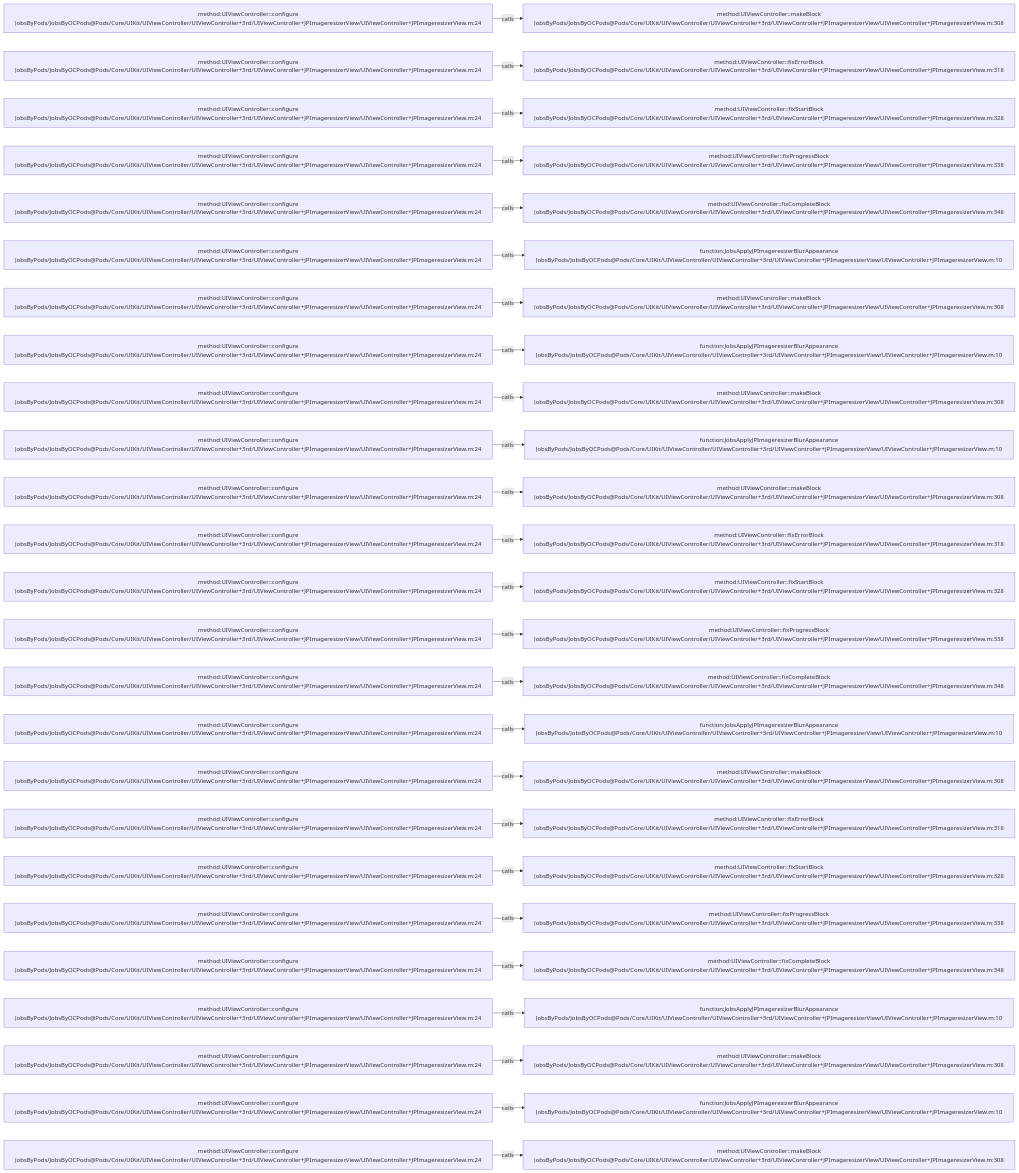
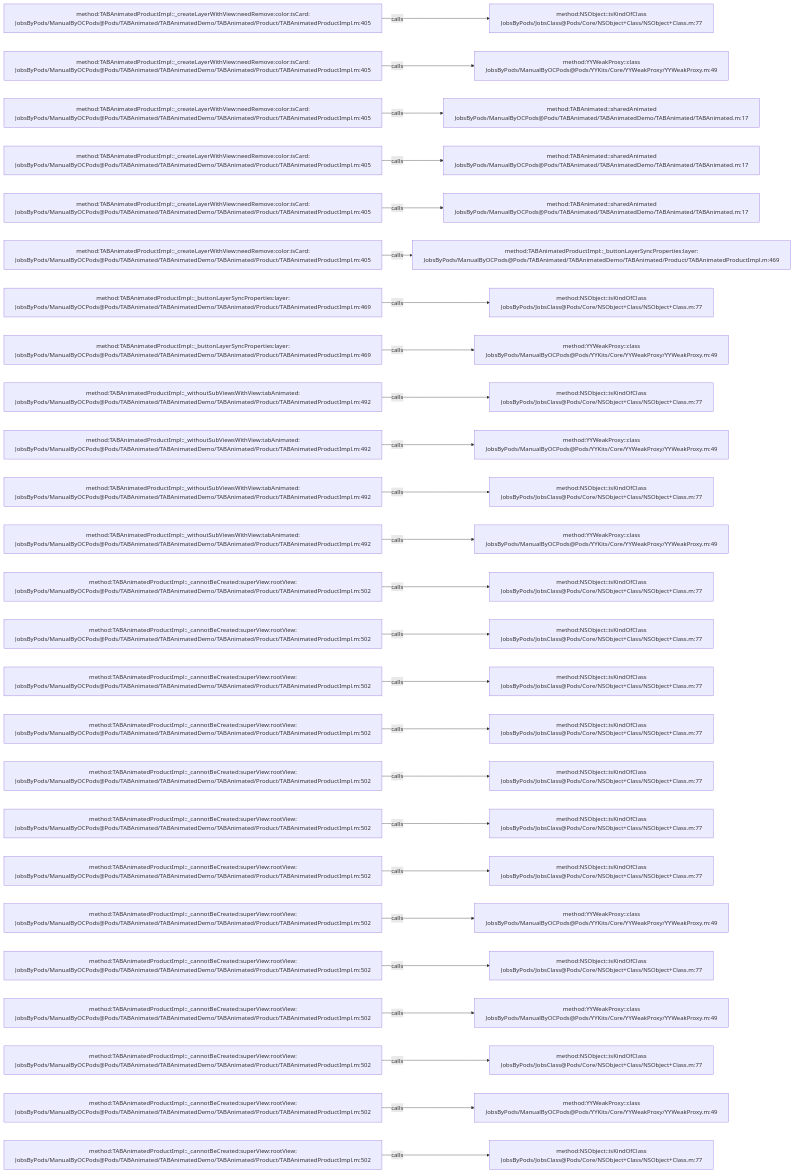
One commit to JobsKits/JobsOCBaseConfigDemo changed the diagram in .codegraph/codegraph.md/graphs/calls-044.md. Above: the diagram before and after it, drawn with Mermaid. The commit also changed 2162 other files, not shown here.

````diff
--- a/.codegraph/codegraph.md/graphs/calls-044.md
+++ b/.codegraph/codegraph.md/graphs/calls-044.md
@@ -13,78 +13,78 @@
 ```mermaid
 flowchart LR
-  S1["method:UIViewController::configure<br/>JobsByPods/JobsByOCPods@Pods/Core/UIKit/UIViewController/UIViewController+3rd/UIViewController+JPImageresizerView/UIViewController+JPImageresizerView.m:24"]
-  T1["method:UIViewController::makeBlock<br/>JobsByPods/JobsByOCPods@Pods/Core/UIKit/UIViewController/UIViewController+3rd/UIViewController+JPImageresizerView/UIViewController+JPImageresizerView.m:308"]
+  S1["method:TABAnimatedProductImpl::_createLayerWithView:needRemove:color:isCard:<br/>JobsByPods/ManualByOCPods@Pods/TABAnimated/TABAnimatedDemo/TABAnimated/Product/TABAnimatedProductImpl.m:405"]
+  T1["method:NSObject::isKindOfClass<br/>JobsByPods/JobsClass@Pods/Core/NSObject+Class/NSObject+Class.m:77"]
   S1 -->|calls| T1
-  S2["method:UIViewController::configure<br/>JobsByPods/JobsByOCPods@Pods/Core/UIKit/UIViewController/UIViewController+3rd/UIViewController+JPImageresizerView/UIViewController+JPImageresizerView.m:24"]
-  T2["method:UIViewController::fixErrorBlock<br/>JobsByPods/JobsByOCPods@Pods/Core/UIKit/UIViewController/UIViewController+3rd/UIViewController+JPImageresizerView/UIViewController+JPImageresizerView.m:318"]
+  S2["method:TABAnimatedProductImpl::_createLayerWithView:needRemove:color:isCard:<br/>JobsByPods/ManualByOCPods@Pods/TABAnimated/TABAnimatedDemo/TABAnimated/Product/TABAnimatedProductImpl.m:405"]
+  T2["method:YYWeakProxy::class<br/>JobsByPods/ManualByOCPods@Pods/YYKits/Core/YYWeakProxy/YYWeakProxy.m:49"]
   S2 -->|calls| T2
-  S3["method:UIViewController::configure<br/>JobsByPods/JobsByOCPods@Pods/Core/UIKit/UIViewController/UIViewController+3rd/UIViewController+JPImageresizerView/UIViewController+JPImageresizerView.m:24"]
-  T3["method:UIViewController::fixStartBlock<br/>JobsByPods/JobsByOCPods@Pods/Core/UIKit/UIViewController/UIViewController+3rd/UIViewController+JPImageresizerView/UIViewController+JPImageresizerView.m:328"]
+  S3["method:TABAnimatedProductImpl::_createLayerWithView:needRemove:color:isCard:<br/>JobsByPods/ManualByOCPods@Pods/TABAnimated/TABAnimatedDemo/TABAnimated/Product/TABAnimatedProductImpl.m:405"]
+  T3["method:TABAnimated::sharedAnimated<br/>JobsByPods/ManualByOCPods@Pods/TABAnimated/TABAnimatedDemo/TABAnimated/TABAnimated.m:17"]
   S3 -->|calls| T3
-  S4["method:UIViewController::configure<br/>JobsByPods/JobsByOCPods@Pods/Core/UIKit/UIViewController/UIViewController+3rd/UIViewController+JPImageresizerView/UIViewController+JPImageresizerView.m:24"]
-  T4["method:UIViewController::fixProgressBlock<br/>JobsByPods/JobsByOCPods@Pods/Core/UIKit/UIViewController/UIViewController+3rd/UIViewController+JPImageresizerView/UIViewController+JPImageresizerView.m:338"]
+  S4["method:TABAnimatedProductImpl::_createLayerWithView:needRemove:color:isCard:<br/>JobsByPods/ManualByOCPods@Pods/TABAnimated/TABAnimatedDemo/TABAnimated/Product/TABAnimatedProductImpl.m:405"]
+  T4["method:TABAnimated::sharedAnimated<br/>JobsByPods/ManualByOCPods@Pods/TABAnimated/TABAnimatedDemo/TABAnimated/TABAnimated.m:17"]
   S4 -->|calls| T4
-  S5["method:UIViewController::configure<br/>JobsByPods/JobsByOCPods@Pods/Core/UIKit/UIViewController/UIViewController+3rd/UIViewController+JPImageresizerView/UIViewController+JPImageresizerView.m:24"]
-  T5["method:UIViewController::fixCompleteBlock<br/>JobsByPods/JobsByOCPods@Pods/Core/UIKit/UIViewController/UIViewController+3rd/UIViewController+JPImageresizerView/UIViewController+JPImageresizerView.m:348"]
+  S5["method:TABAnimatedProductImpl::_createLayerWithView:needRemove:color:isCard:<br/>JobsByPods/ManualByOCPods@Pods/TABAnimated/TABAnimatedDemo/TABAnimated/Product/TABAnimatedProductImpl.m:405"]
+  T5["method:TABAnimated::sharedAnimated<br/>JobsByPods/ManualByOCPods@Pods/TABAnimated/TABAnimatedDemo/TABAnimated/TABAnimated.m:17"]
   S5 -->|calls| T5
-  S6["method:UIViewController::configure<br/>JobsByPods/JobsByOCPods@Pods/Core/UIKit/UIViewController/UIViewController+3rd/UIViewController+JPImageresizerView/UIViewController+JPImageresizerView.m:24"]
-  T6["function:JobsApplyJPImageresizerBlurAppearance<br/>JobsByPods/JobsByOCPods@Pods/Core/UIKit/UIViewController/UIViewController+3rd/UIViewController+JPImageresizerView/UIViewController+JPImageresizerView.m:10"]
+  S6["method:TABAnimatedProductImpl::_createLayerWithView:needRemove:color:isCard:<br/>JobsByPods/ManualByOCPods@Pods/TABAnimated/TABAnimatedDemo/TABAnimated/Product/TABAnimatedProductImpl.m:405"]
+  T6["method:TABAnimatedProductImpl::_buttonLayerSyncProperties:layer:<br/>JobsByPods/ManualByOCPods@Pods/TABAnimated/TABAnimatedDemo/TABAnimated/Product/TABAnimatedProductImpl.m:469"]
   S6 -->|calls| T6
-  S7["method:UIViewController::configure<br/>JobsByPods/JobsByOCPods@Pods/Core/UIKit/UIViewController/UIViewController+3rd/UIViewController+JPImageresizerView/UIViewController+JPImageresizerView.m:24"]
-  T7["method:UIViewController::makeBlock<br/>JobsByPods/JobsByOCPods@Pods/Core/UIKit/UIViewController/UIViewController+3rd/UIViewController+JPImageresizerView/UIViewController+JPImageresizerView.m:308"]
+  S7["method:TABAnimatedProductImpl::_buttonLayerSyncProperties:layer:<br/>JobsByPods/ManualByOCPods@Pods/TABAnimated/TABAnimatedDemo/TABAnimated/Product/TABAnimatedProductImpl.m:469"]
+  T7["method:NSObject::isKindOfClass<br/>JobsByPods/JobsClass@Pods/Core/NSObject+Class/NSObject+Class.m:77"]
   S7 -->|calls| T7
-  S8["method:UIViewController::configure<br/>JobsByPods/JobsByOCPods@Pods/Core/UIKit/UIViewController/UIViewController+3rd/UIViewController+JPImageresizerView/UIViewController+JPImageresizerView.m:24"]
-  T8["function:JobsApplyJPImageresizerBlurAppearance<br/>JobsByPods/JobsByOCPods@Pods/Core/UIKit/UIViewController/UIViewController+3rd/UIViewController+JPImageresizerView/UIViewController+JPImageresizerView.m:10"]
+  S8["method:TABAnimatedProductImpl::_buttonLayerSyncProperties:layer:<br/>JobsByPods/ManualByOCPods@Pods/TABAnimated/TABAnimatedDemo/TABAnimated/Product/TABAnimatedProductImpl.m:469"]
+  T8["method:YYWeakProxy::class<br/>JobsByPods/ManualByOCPods@Pods/YYKits/Core/YYWeakProxy/YYWeakProxy.m:49"]
   S8 -->|calls| T8
-  S9["method:UIViewController::configure<br/>JobsByPods/JobsByOCPods@Pods/Core/UIKit/UIViewController/UIViewController+3rd/UIViewController+JPImageresizerView/UIViewController+JPImageresizerView.m:24"]
-  T9["method:UIViewController::makeBlock<br/>JobsByPods/JobsByOCPods@Pods/Core/UIKit/UIViewController/UIViewController+3rd/UIViewController+JPImageresizerView/UIViewController+JPImageresizerView.m:308"]
+  S9["method:TABAnimatedProductImpl::_withoutSubViewsWithView:tabAnimated:<br/>JobsByPods/ManualByOCPods@Pods/TABAnimated/TABAnimatedDemo/TABAnimated/Product/TABAnimatedProductImpl.m:492"]
+  T9["method:NSObject::isKindOfClass<br/>JobsByPods/JobsClass@Pods/Core/NSObject+Class/NSObject+Class.m:77"]
   S9 -->|calls| T9
-  S10["method:UIViewController::configure<br/>JobsByPods/JobsByOCPods@Pods/Core/UIKit/UIViewController/UIViewController+3rd/UIViewController+JPImageresizerView/UIViewController+JPImageresizerView.m:24"]
-  T10["function:JobsApplyJPImageresizerBlurAppearance<br/>JobsByPods/JobsByOCPods@Pods/Core/UIKit/UIViewController/UIViewController+3rd/UIViewController+JPImageresizerView/UIViewController+JPImageresizerView.m:10"]
+  S10["method:TABAnimatedProductImpl::_withoutSubViewsWithView:tabAnimated:<br/>JobsByPods/ManualByOCPods@Pods/TABAnimated/TABAnimatedDemo/TABAnimated/Product/TABAnimatedProductImpl.m:492"]
+  T10["method:YYWeakProxy::class<br/>JobsByPods/ManualByOCPods@Pods/YYKits/Core/YYWeakProxy/YYWeakProxy.m:49"]
   S10 -->|calls| T10
-  S11["method:UIViewController::configure<br/>JobsByPods/JobsByOCPods@Pods/Core/UIKit/UIViewController/UIViewController+3rd/UIViewController+JPImageresizerView/UIViewController+JPImageresizerView.m:24"]
-  T11["method:UIViewController::makeBlock<br/>JobsByPods/JobsByOCPods@Pods/Core/UIKit/UIViewController/UIViewController+3rd/UIViewController+JPImageresizerView/UIViewController+JPImageresizerView.m:308"]
+  S11["method:TABAnimatedProductImpl::_withoutSubViewsWithView:tabAnimated:<br/>JobsByPods/ManualByOCPods@Pods/TABAnimated/TABAnimatedDemo/TABAnimated/Product/TABAnimatedProductImpl.m:492"]
+  T11["method:NSObject::isKindOfClass<br/>JobsByPods/JobsClass@Pods/Core/NSObject+Class/NSObject+Class.m:77"]
   S11 -->|calls| T11
-  S12["method:UIViewController::configure<br/>JobsByPods/JobsByOCPods@Pods/Core/UIKit/UIViewController/UIViewController+3rd/UIViewController+JPImageresizerView/UIViewController+JPImageresizerView.m:24"]
-  T12["method:UIViewController::fixErrorBlock<br/>JobsByPods/JobsByOCPods@Pods/Core/UIKit/UIViewController/UIViewController+3rd/UIViewController+JPImageresizerView/UIViewController+JPImageresizerView.m:318"]
+  S12["method:TABAnimatedProductImpl::_withoutSubViewsWithView:tabAnimated:<br/>JobsByPods/ManualByOCPods@Pods/TABAnimated/TABAnimatedDemo/TABAnimated/Product/TABAnimatedProductImpl.m:492"]
+  T12["method:YYWeakProxy::class<br/>JobsByPods/ManualByOCPods@Pods/YYKits/Core/YYWeakProxy/YYWeakProxy.m:49"]
   S12 -->|calls| T12
-  S13["method:UIViewController::configure<br/>JobsByPods/JobsByOCPods@Pods/Core/UIKit/UIViewController/UIViewController+3rd/UIViewController+JPImageresizerView/UIViewController+JPImageresizerView.m:24"]
-  T13["method:UIViewController::fixStartBlock<br/>JobsByPods/JobsByOCPods@Pods/Core/UIKit/UIViewController/UIViewController+3rd/UIViewController+JPImageresizerView/UIViewController+JPImageresizerView.m:328"]
+  S13["method:TABAnimatedProductImpl::_cannotBeCreated:superView:rootView:<br/>JobsByPods/ManualByOCPods@Pods/TABAnimated/TABAnimatedDemo/TABAnimated/Product/TABAnimatedProductImpl.m:502"]
+  T13["method:NSObject::isKindOfClass<br/>JobsByPods/JobsClass@Pods/Core/NSObject+Class/NSObject+Class.m:77"]
   S13 -->|calls| T13
-  S14["method:UIViewController::configure<br/>JobsByPods/JobsByOCPods@Pods/Core/UIKit/UIViewController/UIViewController+3rd/UIViewController+JPImageresizerView/UIViewController+JPImageresizerView.m:24"]
-  T14["method:UIViewController::fixProgressBlock<br/>JobsByPods/JobsByOCPods@Pods/Core/UIKit/UIViewController/UIViewController+3rd/UIViewController+JPImageresizerView/UIViewController+JPImageresizerView.m:338"]
+  S14["method:TABAnimatedProductImpl::_cannotBeCreated:superView:rootView:<br/>JobsByPods/ManualByOCPods@Pods/TABAnimated/TABAnimatedDemo/TABAnimated/Product/TABAnimatedProductImpl.m:502"]
+  T14["method:NSObject::isKindOfClass<br/>JobsByPods/JobsClass@Pods/Core/NSObject+Class/NSObject+Class.m:77"]
   S14 -->|calls| T14
-  S15["method:UIViewController::configure<br/>JobsByPods/JobsByOCPods@Pods/Core/UIKit/UIViewController/UIViewController+3rd/UIViewController+JPImageresizerView/UIViewController+JPImageresizerView.m:24"]
-  T15["method:UIViewController::fixCompleteBlock<br/>JobsByPods/JobsByOCPods@Pods/Core/UIKit/UIViewController/UIViewController+3rd/UIViewController+JPImageresizerView/UIViewController+JPImageresizerView.m:348"]
+  S15["method:TABAnimatedProductImpl::_cannotBeCreated:superView:rootView:<br/>JobsByPods/ManualByOCPods@Pods/TABAnimated/TABAnimatedDemo/TABAnimated/Product/TABAnimatedProductImpl.m:502"]
+  T15["method:NSObject::isKindOfClass<br/>JobsByPods/JobsClass@Pods/Core/NSObject+Class/NSObject+Class.m:77"]
   S15 -->|calls| T15
-  S16["method:UIViewController::configure<br/>JobsByPods/JobsByOCPods@Pods/Core/UIKit/UIViewController/UIViewController+3rd/UIViewController+JPImageresizerView/UIViewController+JPImageresizerView.m:24"]
-  T16["function:JobsApplyJPImageresizerBlurAppearance<br/>JobsByPods/JobsByOCPods@Pods/Core/UIKit/UIViewController/UIViewController+3rd/UIViewController+JPImageresizerView/UIViewController+JPImageresizerView.m:10"]
+  S16["method:TABAnimatedProductImpl::_cannotBeCreated:superView:rootView:<br/>JobsByPods/ManualByOCPods@Pods/TABAnimated/TABAnimatedDemo/TABAnimated/Product/TABAnimatedProductImpl.m:502"]
+  T16["method:NSObject::isKindOfClass<br/>JobsByPods/JobsClass@Pods/Core/NSObject+Class/NSObject+Class.m:77"]
   S16 -->|calls| T16
-  S17["method:UIViewController::configure<br/>JobsByPods/JobsByOCPods@Pods/Core/UIKit/UIViewController/UIViewController+3rd/UIViewController+JPImageresizerView/UIViewController+JPImageresizerView.m:24"]
-  T17["method:UIViewController::makeBlock<br/>JobsByPods/JobsByOCPods@Pods/Core/UIKit/UIViewController/UIViewController+3rd/UIViewController+JPImageresizerView/UIViewController+JPImageresizerView.m:308"]
+  S17["method:TABAnimatedProductImpl::_cannotBeCreated:superView:rootView:<br/>JobsByPods/ManualByOCPods@Pods/TABAnimated/TABAnimatedDemo/TABAnimated/Product/TABAnimatedProductImpl.m:502"]
+  T17["method:NSObject::isKindOfClass<br/>JobsByPods/JobsClass@Pods/Core/NSObject+Class/NSObject+Class.m:77"]
   S17 -->|calls| T17
-  S18["method:UIViewController::configure<br/>JobsByPods/JobsByOCPods@Pods/Core/UIKit/UIViewController/UIViewController+3rd/UIViewController+JPImageresizerView/UIViewController+JPImageresizerView.m:24"]
-  T18["method:UIViewController::fixErrorBlock<br/>JobsByPods/JobsByOCPods@Pods/Core/UIKit/UIViewController/UIViewController+3rd/UIViewController+JPImageresizerView/UIViewController+JPImageresizerView.m:318"]
+  S18["method:TABAnimatedProductImpl::_cannotBeCreated:superView:rootView:<br/>JobsByPods/ManualByOCPods@Pods/TABAnimated/TABAnimatedDemo/TABAnimated/Product/TABAnimatedProductImpl.m:502"]
+  T18["method:NSObject::isKindOfClass<br/>JobsByPods/JobsClass@Pods/Core/NSObject+Class/NSObject+Class.m:77"]
   S18 -->|calls| T18
-  S19["method:UIViewController::configure<br/>JobsByPods/JobsByOCPods@Pods/Core/UIKit/UIViewController/UIViewController+3rd/UIViewController+JPImageresizerView/UIViewController+JPImageresizerView.m:24"]
-  T19["method:UIViewController::fixStartBlock<br/>JobsByPods/JobsByOCPods@Pods/Core/UIKit/UIViewController/UIViewController+3rd/UIViewController+JPImageresizerView/UIViewController+JPImageresizerView.m:328"]
+  S19["method:TABAnimatedProductImpl::_cannotBeCreated:superView:rootView:<br/>JobsByPods/ManualByOCPods@Pods/TABAnimated/TABAnimatedDemo/TABAnimated/Product/TABAnimatedProductImpl.m:502"]
+  T19["method:NSObject::isKindOfClass<br/>JobsByPods/JobsClass@Pods/Core/NSObject+Class/NSObject+Class.m:77"]
   S19 -->|calls| T19
-  S20["method:UIViewController::configure<br/>JobsByPods/JobsByOCPods@Pods/Core/UIKit/UIViewController/UIViewController+3rd/UIViewController+JPImageresizerView/UIViewController+JPImageresizerView.m:24"]
-  T20["method:UIViewController::fixProgressBlock<br/>JobsByPods/JobsByOCPods@Pods/Core/UIKit/UIViewController/UIViewController+3rd/UIViewController+JPImageresizerView/UIViewController+JPImageresizerView.m:338"]
+  S20["method:TABAnimatedProductImpl::_cannotBeCreated:superView:rootView:<br/>JobsByPods/ManualByOCPods@Pods/TABAnimated/TABAnimatedDemo/TABAnimated/Product/TABAnimatedProductImpl.m:502"]
+  T20["method:YYWeakProxy::class<br/>JobsByPods/ManualByOCPods@Pods/YYKits/Core/YYWeakProxy/YYWeakProxy.m:49"]
   S20 -->|calls| T20
-  S21["method:UIViewController::configure<br/>JobsByPods/JobsByOCPods@Pods/Core/UIKit/UIViewController/UIViewController+3rd/UIViewController+JPImageresizerView/UIViewController+JPImageresizerView.m:24"]
-  T21["method:UIViewController::fixCompleteBlock<br/>JobsByPods/JobsByOCPods@Pods/Core/UIKit/UIViewController/UIViewController+3rd/UIViewController+JPImageresizerView/UIViewController+JPImageresizerView.m:348"]
+  S21["method:TABAnimatedProductImpl::_cannotBeCreated:superView:rootView:<br/>JobsByPods/ManualByOCPods@Pods/TABAnimated/TABAnimatedDemo/TABAnimated/Product/TABAnimatedProductImpl.m:502"]
+  T21["method:NSObject::isKindOfClass<br/>JobsByPods/JobsClass@Pods/Core/NSObject+Class/NSObject+Class.m:77"]
   S21 -->|calls| T21
-  S22["method:UIViewController::configure<br/>JobsByPods/JobsByOCPods@Pods/Core/UIKit/UIViewController/UIViewController+3rd/UIViewController+JPImageresizerView/UIViewController+JPImageresizerView.m:24"]
-  T22["function:JobsApplyJPImageresizerBlurAppearance<br/>JobsByPods/JobsByOCPods@Pods/Core/UIKit/UIViewController/UIViewController+3rd/UIViewController+JPImageresizerView/UIViewController+JPImageresizerView.m:10"]
+  S22["method:TABAnimatedProductImpl::_cannotBeCreated:superView:rootView:<br/>JobsByPods/ManualByOCPods@Pods/TABAnimated/TABAnimatedDemo/TABAnimated/Product/TABAnimatedProductImpl.m:502"]
+  T22["method:YYWeakProxy::class<br/>JobsByPods/ManualByOCPods@Pods/YYKits/Core/YYWeakProxy/YYWeakProxy.m:49"]
   S22 -->|calls| T22
-  S23["method:UIViewController::configure<br/>JobsByPods/JobsByOCPods@Pods/Core/UIKit/UIViewController/UIViewController+3rd/UIViewController+JPImageresizerView/UIViewController+JPImageresizerView.m:24"]
-  T23["method:UIViewController::makeBlock<br/>JobsByPods/JobsByOCPods@Pods/Core/UIKit/UIViewController/UIViewController+3rd/UIViewController+JPImageresizerView/UIViewController+JPImageresizerView.m:308"]
+  S23["method:TABAnimatedProductImpl::_cannotBeCreated:superView:rootView:<br/>JobsByPods/ManualByOCPods@Pods/TABAnimated/TABAnimatedDemo/TABAnimated/Product/TABAnimatedProductImpl.m:502"]
+  T23["method:NSObject::isKindOfClass<br/>JobsByPods/JobsClass@Pods/Core/NSObject+Class/NSObject+Class.m:77"]
   S23 -->|calls| T23
-  S24["method:UIViewController::configure<br/>JobsByPods/JobsByOCPods@Pods/Core/UIKit/UIViewController/UIViewController+3rd/UIViewController+JPImageresizerView/UIViewController+JPImageresizerView.m:24"]
-  T24["function:JobsApplyJPImageresizerBlurAppearance<br/>JobsByPods/JobsByOCPods@Pods/Core/UIKit/UIViewController/UIViewController+3rd/UIViewController+JPImageresizerView/UIViewController+JPImageresizerView.m:10"]
+  S24["method:TABAnimatedProductImpl::_cannotBeCreated:superView:rootView:<br/>JobsByPods/ManualByOCPods@Pods/TABAnimated/TABAnimatedDemo/TABAnimated/Product/TABAnimatedProductImpl.m:502"]
+  T24["method:YYWeakProxy::class<br/>JobsByPods/ManualByOCPods@Pods/YYKits/Core/YYWeakProxy/YYWeakProxy.m:49"]
   S24 -->|calls| T24
-  S25["method:UIViewController::configure<br/>JobsByPods/JobsByOCPods@Pods/Core/UIKit/UIViewController/UIViewController+3rd/UIViewController+JPImageresizerView/UIViewController+JPImageresizerView.m:24"]
-  T25["method:UIViewController::makeBlock<br/>JobsByPods/JobsByOCPods@Pods/Core/UIKit/UIViewController/UIViewController+3rd/UIViewController+JPImageresizerView/UIViewController+JPImageresizerView.m:308"]
+  S25["method:TABAnimatedProductImpl::_cannotBeCreated:superView:rootView:<br/>JobsByPods/ManualByOCPods@Pods/TABAnimated/TABAnimatedDemo/TABAnimated/Product/TABAnimatedProductImpl.m:502"]
+  T25["method:NSObject::isKindOfClass<br/>JobsByPods/JobsClass@Pods/Core/NSObject+Class/NSObject+Class.m:77"]
   S25 -->|calls| T25
 ```
````
